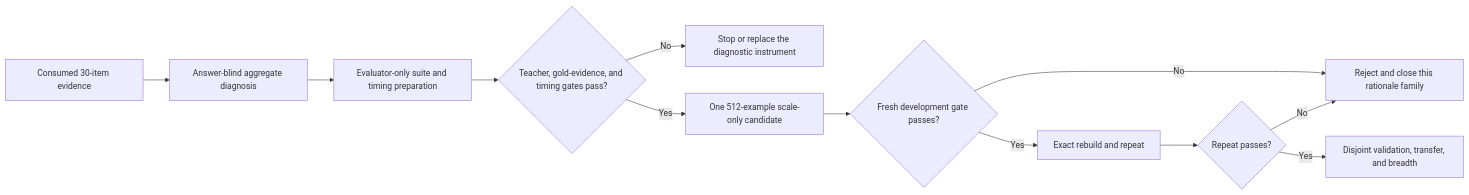
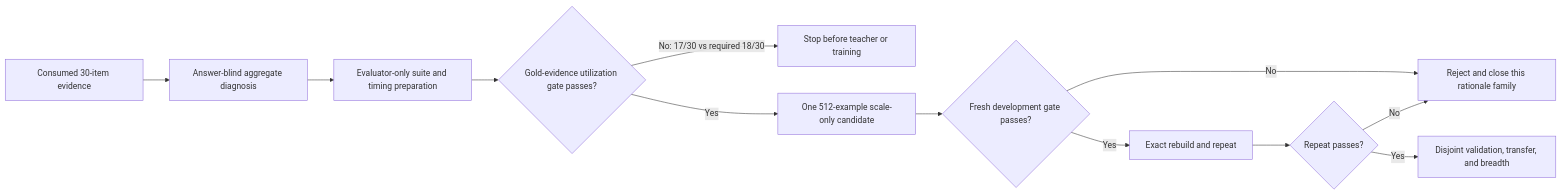
The diagram in docs/research/LEARNING_CAPACITY_RECALIBRATION.md (raydeStar/sir-thaddeus), drawn with Mermaid before and after one commit. The commit also changed other lines of this file and 3 other files, not shown here.

Commit message:
Record rationale diagnostic stop (#229)

````diff
--- a/docs/research/LEARNING_CAPACITY_RECALIBRATION.md
+++ b/docs/research/LEARNING_CAPACITY_RECALIBRATION.md
@@ -34,14 +39,14 @@
 ```mermaid
 flowchart LR
     A["Consumed 30-item evidence"] --> B["Answer-blind aggregate diagnosis"]
     B --> C["Evaluator-only suite and timing preparation"]
-    C --> D{"Teacher, gold-evidence, and timing gates pass?"}
-    D -- "No" --> E["Stop or replace the diagnostic instrument"]
+    C --> D{"Gold-evidence utilization gate passes?"}
+    D -- "No: 17/30 vs required 18/30" --> E["Stop before teacher or training"]
     D -- "Yes" --> F["One 512-example scale-only candidate"]
     F --> G{"Fresh development gate passes?"}
     G -- "No" --> H["Reject and close this rationale family"]
     G -- "Yes" --> I["Exact rebuild and repeat"]
     I --> J{"Repeat passes?"}
     J -- "No" --> H
     J -- "Yes" --> K["Disjoint validation, transfer, and breadth"]
 ```
````
